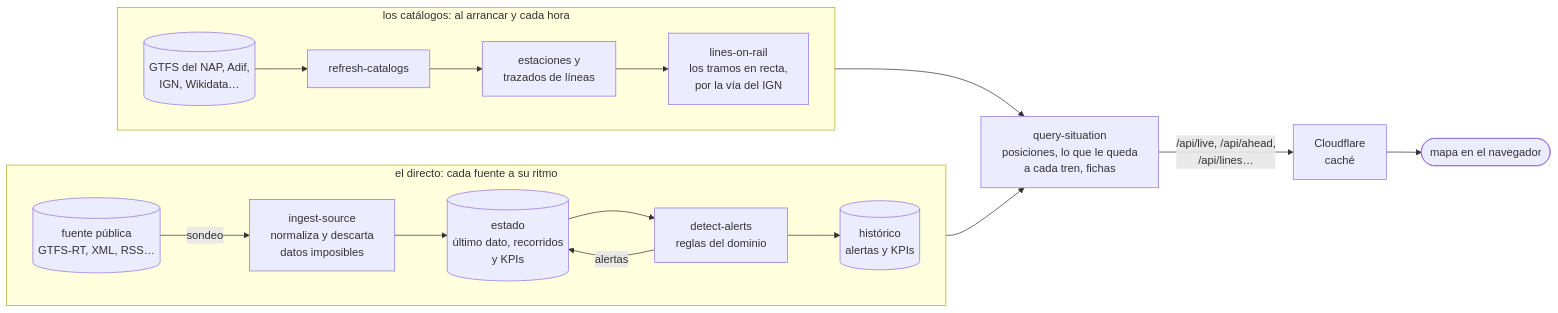
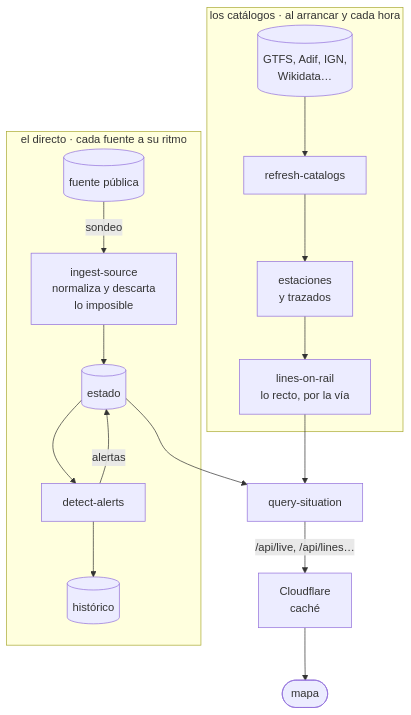
The third of 3 diagrams in README.md (FlorinTodor/radar-es), drawn with Mermaid before and after one commit. The commit also changed other lines of this file and 1 other file, not shown here.

Commit message:
Diagramas legibles en GitHub: en vertical y con textos cortos (no se cortan ni se encogen); la arquitectura, en capas con una tabla de lo que hay en cada una

````diff
--- a/README.md
+++ b/README.md
@@ -149,21 +150,19 @@
 ```mermaid
-flowchart LR
-  subgraph DIR["el directo: cada fuente a su ritmo"]
-    direction LR
-    F[("fuente pública<br/>GTFS-RT, XML, RSS…")] -->|"sondeo"| I["ingest-source<br/>normaliza y descarta<br/>datos imposibles"]
-    I --> R[("estado<br/>último dato, recorridos<br/>y KPIs")]
-    R --> A["detect-alerts<br/>reglas del dominio"]
+flowchart TB
+  subgraph DIR["el directo · cada fuente a su ritmo"]
+    F[("fuente pública")] -->|"sondeo"| I["ingest-source<br/>normaliza y descarta<br/>lo imposible"]
+    I --> R[("estado")]
+    R --> A["detect-alerts"]
     A -->|"alertas"| R
-    A --> H[("histórico<br/>alertas y KPIs")]
+    A --> H[("histórico")]
   end
-  subgraph CAT["los catálogos: al arrancar y cada hora"]
-    direction LR
-    G[("GTFS del NAP, Adif,<br/>IGN, Wikidata…")] --> RC["refresh-catalogs"]
-    RC --> E["estaciones y<br/>trazados de líneas"]
-    E --> LR["lines-on-rail<br/>los tramos en recta,<br/>por la vía del IGN"]
+  subgraph CAT["los catálogos · al arrancar y cada hora"]
+    G[("GTFS, Adif, IGN,<br/>Wikidata…")] --> RC["refresh-catalogs"]
+    RC --> E["estaciones<br/>y trazados"]
+    E --> L["lines-on-rail<br/>lo recto, por la vía"]
   end
-  R --> Q["query-situation<br/>posiciones, lo que le queda<br/>a cada tren, fichas"]
-  LR --> Q
-  Q -->|"/api/live, /api/ahead,<br/>/api/lines…"| C["Cloudflare<br/>caché"]
-  C --> N(["mapa en el navegador"])
+  R --> Q["query-situation"]
+  L --> Q
+  Q -->|"/api/live, /api/lines…"| C["Cloudflare<br/>caché"]
+  C --> N(["mapa"])
 ```
````
